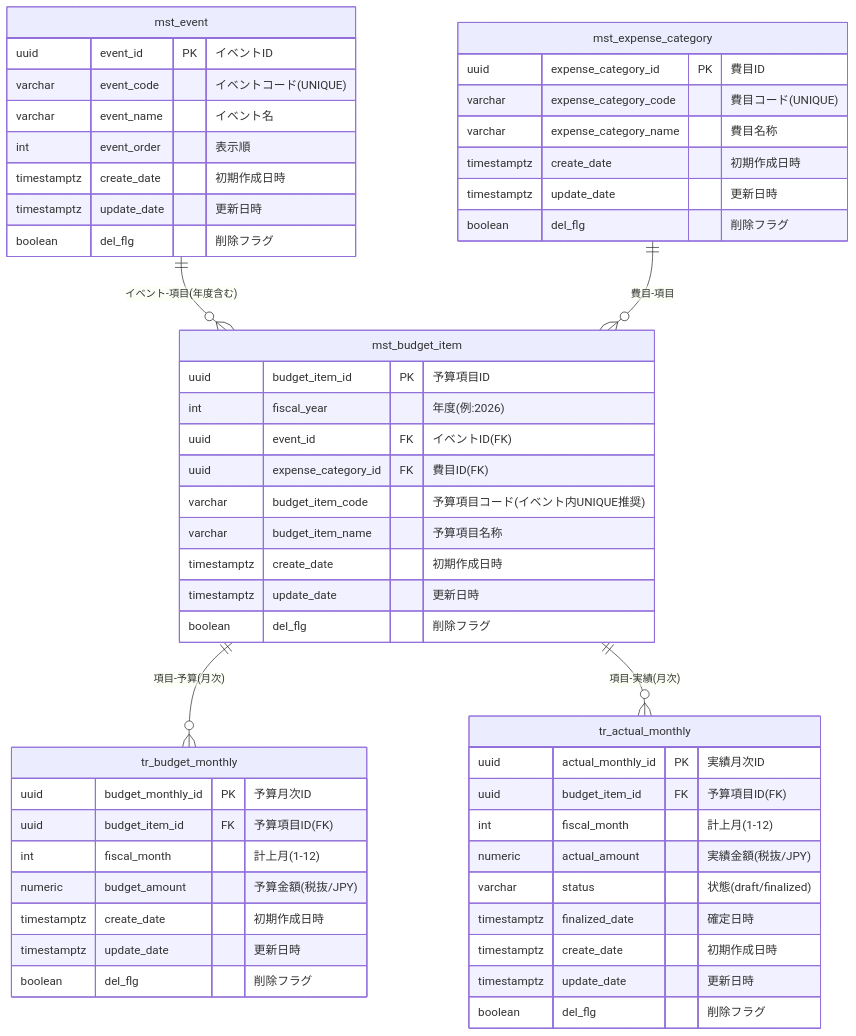
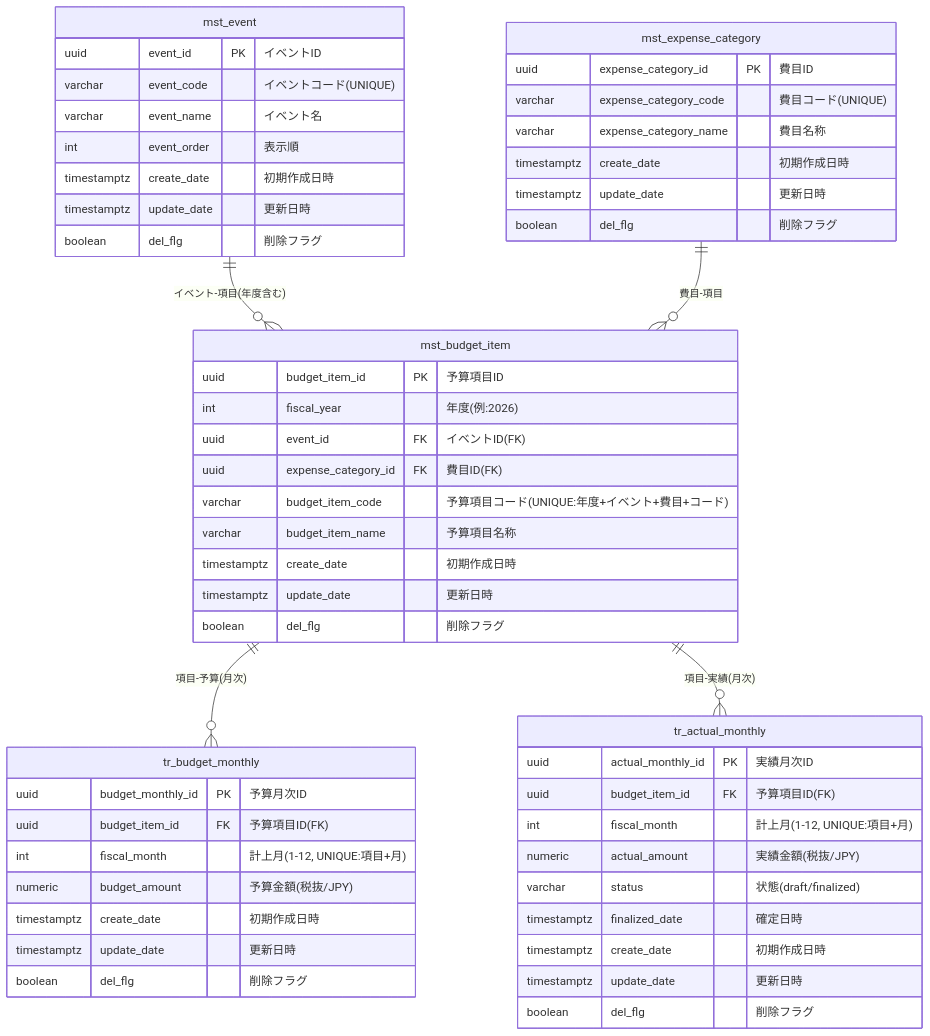
One commit to ozkknnt/ExpenseBudgetManager changed the diagram in Er.md. Above: the diagram before and after it, drawn with Mermaid. The commit also changed other lines of this file, not shown here.

First line of the commit message:
ER図の注記と一覧にUNIQUE/INDEX要件を反映して、JOINのためのインデックス条件を明記しました。`Er.md`内でUNIQUEの組み合わせ意図が分かるようにカラムコメントも補足しています。

````diff
--- a/Er.md
+++ b/Er.md
@@ -2,60 +2,60 @@
 ```mermaid
 erDiagram
   mst_event {
     uuid event_id PK          "イベントID"
     varchar event_code        "イベントコード(UNIQUE)"
     varchar event_name        "イベント名"
     int event_order           "表示順"
     timestamptz create_date   "初期作成日時"
     timestamptz update_date   "更新日時"
     boolean del_flg           "削除フラグ"
   }
 
   mst_expense_category {
     uuid expense_category_id PK        "費目ID"
     varchar expense_category_code      "費目コード(UNIQUE)"
     varchar expense_category_name      "費目名称"
     timestamptz create_date            "初期作成日時"
     timestamptz update_date            "更新日時"
     boolean del_flg                    "削除フラグ"
   }
 
   mst_budget_item {
     uuid budget_item_id PK             "予算項目ID"
     int fiscal_year                    "年度(例:2026)"
     uuid event_id FK                   "イベントID(FK)"
     uuid expense_category_id FK        "費目ID(FK)"
-    varchar budget_item_code           "予算項目コード(イベント内UNIQUE推奨)"
+    varchar budget_item_code           "予算項目コード(UNIQUE:年度+イベント+費目+コード)"
     varchar budget_item_name           "予算項目名称"
     timestamptz create_date            "初期作成日時"
     timestamptz update_date            "更新日時"
     boolean del_flg                    "削除フラグ"
   }
 
   tr_budget_monthly {
     uuid budget_monthly_id PK          "予算月次ID"
     uuid budget_item_id FK             "予算項目ID(FK)"
-    int fiscal_month                   "計上月(1-12)"
+    int fiscal_month                   "計上月(1-12, UNIQUE:項目+月)"
     numeric budget_amount              "予算金額(税抜/JPY)"
     timestamptz create_date            "初期作成日時"
     timestamptz update_date            "更新日時"
     boolean del_flg                    "削除フラグ"
   }
 
   tr_actual_monthly {
     uuid actual_monthly_id PK          "実績月次ID"
     uuid budget_item_id FK             "予算項目ID(FK)"
-    int fiscal_month                   "計上月(1-12)"
+    int fiscal_month                   "計上月(1-12, UNIQUE:項目+月)"
     numeric actual_amount              "実績金額(税抜/JPY)"
     varchar status                     "状態(draft/finalized)"
     timestamptz finalized_date         "確定日時"
     timestamptz create_date            "初期作成日時"
     timestamptz update_date            "更新日時"
     boolean del_flg                    "削除フラグ"
   }
 
   mst_event ||--o{ mst_budget_item : "イベント-項目(年度含む)"
   mst_expense_category ||--o{ mst_budget_item : "費目-項目"
   mst_budget_item ||--o{ tr_budget_monthly : "項目-予算(月次)"
   mst_budget_item ||--o{ tr_actual_monthly : "項目-実績(月次)"
 ```
````
